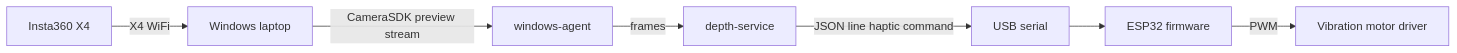
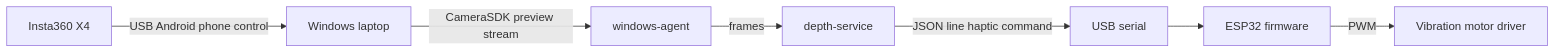
Before and after one commit to prophetricker/OmniEye: the diagram in docs/architecture.md, drawn with Mermaid. The commit also changed other lines of this file and 6 other files, not shown here.

````diff
--- a/docs/architecture.md
+++ b/docs/architecture.md
@@ -5,9 +5,9 @@
 ```mermaid
 flowchart LR
-    X4[Insta360 X4] -->|X4 WiFi| Win[Windows laptop]
+    X4[Insta360 X4] -->|USB Android phone control| Win[Windows laptop]
     Win -->|CameraSDK preview stream| Agent[windows-agent]
     Agent -->|frames| Depth[depth-service]
     Depth -->|JSON line haptic command| Serial[USB serial]
     Serial --> ESP32[ESP32 firmware]
     ESP32 -->|PWM| Motor[Vibration motor driver]
 ```
````
